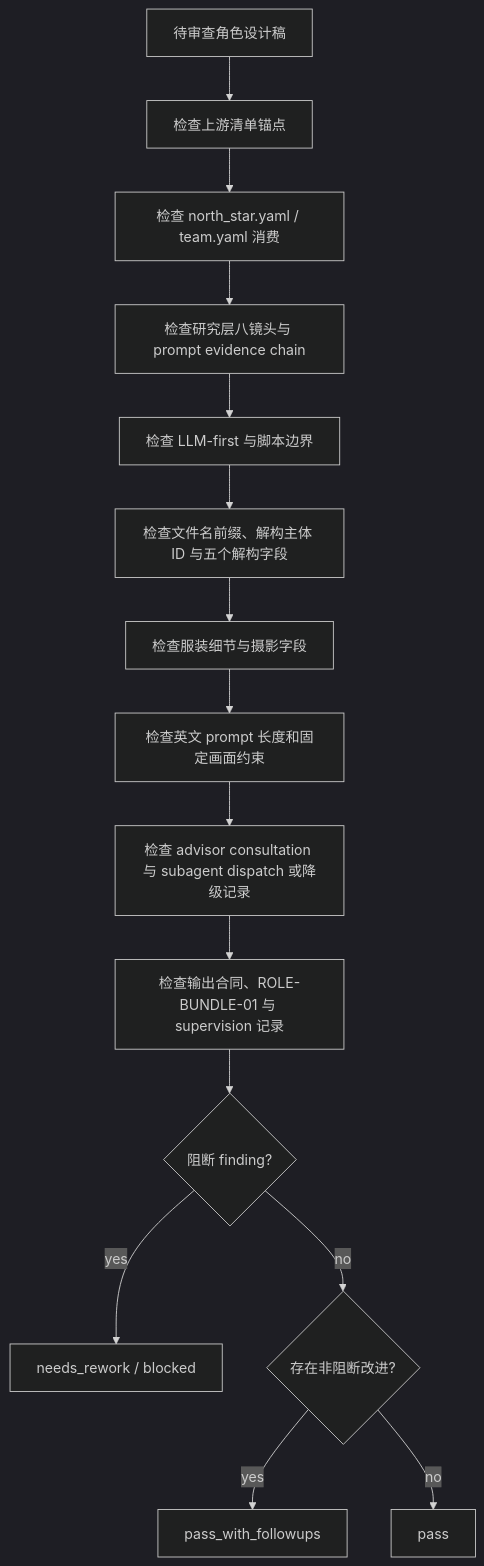
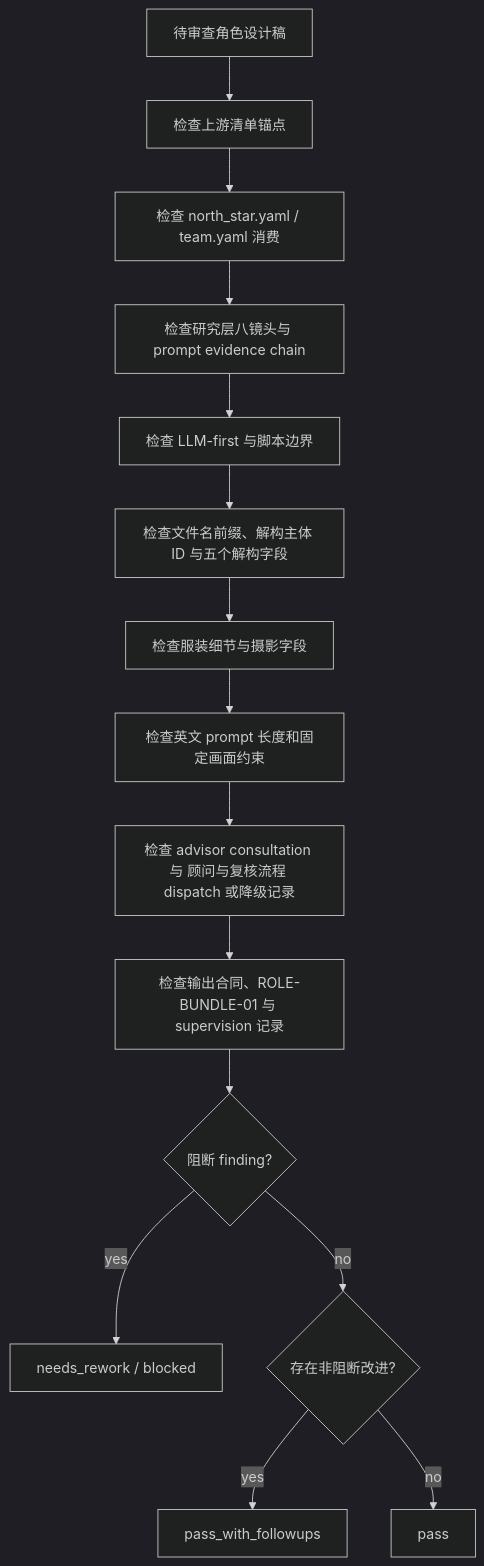
One commit to ZEN-VOID/AI-CUT changed the diagram in .agents/skills/aigc/7-设计/角色/2-设计/review/review-contract.md. Above: the diagram before and after it, drawn with Mermaid (dark theme). The commit also changed other lines of this file and 137 other files, not shown here.

````diff
--- a/.agents/skills/aigc/7-设计/角色/2-设计/review/review-contract.md
+++ b/.agents/skills/aigc/7-设计/角色/2-设计/review/review-contract.md
@@ -72,17 +72,17 @@
 ```mermaid
 flowchart TD
     A["待审查角色设计稿"] --> B["检查上游清单锚点"]
     B --> C["检查 north_star.yaml / team.yaml 消费"]
     C --> R["检查研究层八镜头与 prompt evidence chain"]
     R --> D["检查 LLM-first 与脚本边界"]
     D --> E["检查文件名前缀、解构主体 ID 与五个解构字段"]
     E --> F["检查服装细节与摄影字段"]
     F --> G["检查英文 prompt 长度和固定画面约束"]
-    G --> H["检查 advisor consultation 与 subagent dispatch 或降级记录"]
+    G --> H["检查 advisor consultation 与 顾问与复核流程 dispatch 或降级记录"]
     H --> H1["检查输出合同、ROLE-BUNDLE-01 与 supervision 记录"]
     H1 --> I{"阻断 finding?"}
     I -->|"yes"| J["needs_rework / blocked"]
     I -->|"no"| K{"存在非阻断改进?"}
     K -->|"yes"| L["pass_with_followups"]
     K -->|"no"| M["pass"]
 ```
````
